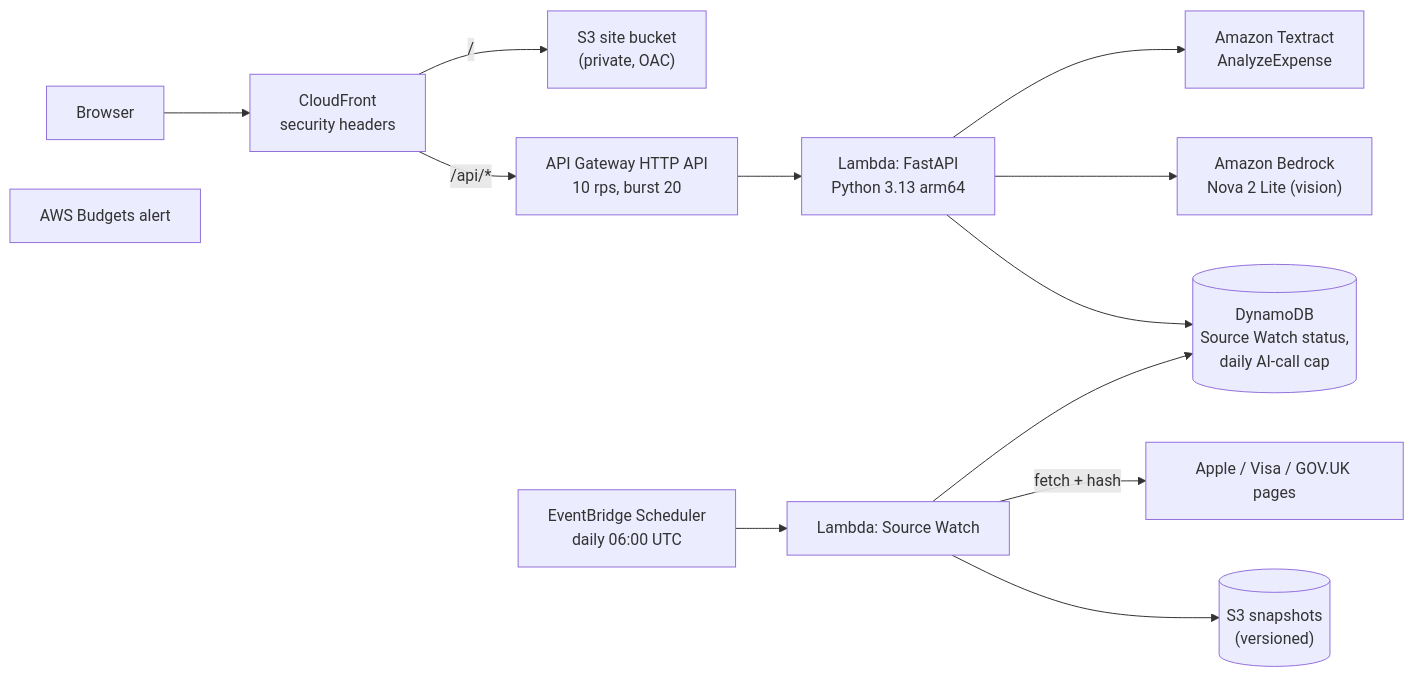
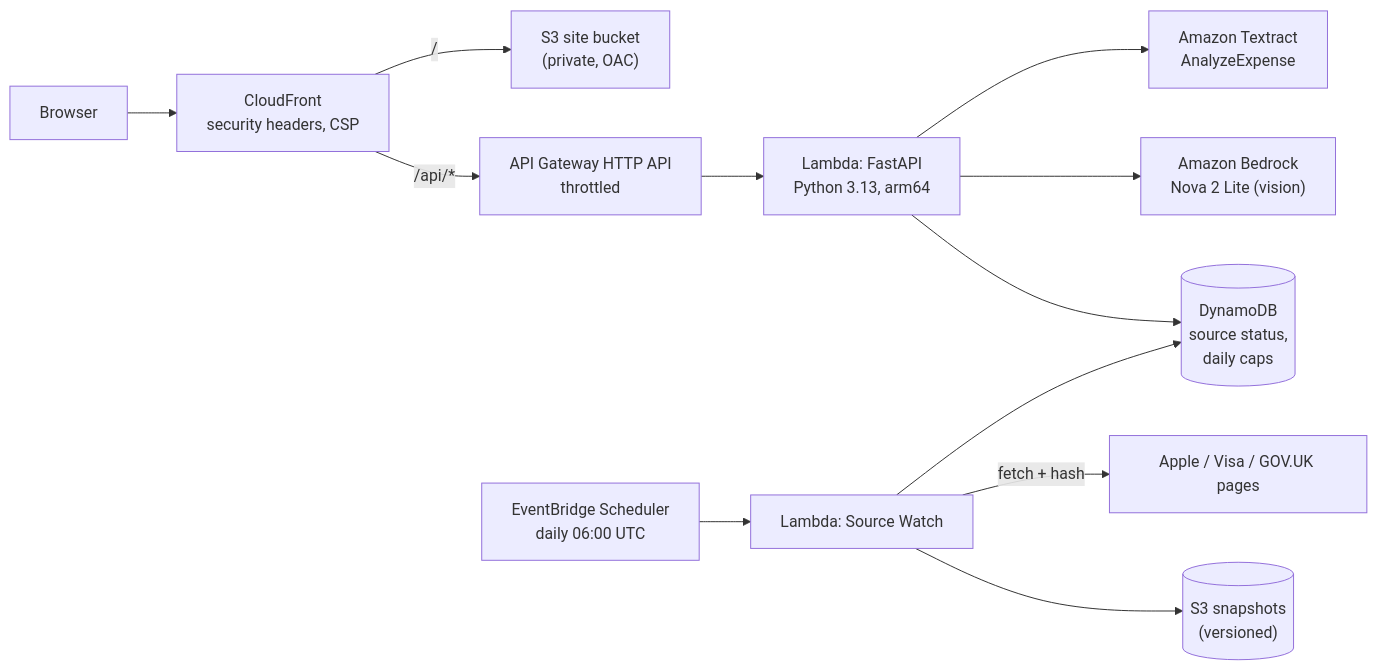
Before and after one commit to Extraordinarytechy/remedy-ai: the diagram in README.md, drawn with Mermaid. The commit also changed other lines of this file and 4 other files, not shown here.

````diff
--- a/README.md
+++ b/README.md
@@ -41,15 +56,14 @@
 ```mermaid
 flowchart LR
-    U["Browser"] --> CF["CloudFront<br/>security headers"]
+    U["Browser"] --> CF["CloudFront<br/>security headers, CSP"]
     CF -->|"/"| S3["S3 site bucket<br/>(private, OAC)"]
-    CF -->|"/api/*"| API["API Gateway HTTP API<br/>10 rps, burst 20"]
-    API --> L["Lambda: FastAPI<br/>Python 3.13 arm64"]
+    CF -->|"/api/*"| API["API Gateway HTTP API<br/>throttled"]
+    API --> L["Lambda: FastAPI<br/>Python 3.13, arm64"]
     L --> TX["Amazon Textract<br/>AnalyzeExpense"]
     L --> BR["Amazon Bedrock<br/>Nova 2 Lite (vision)"]
-    L --> DDB[("DynamoDB<br/>Source Watch status,<br/>daily AI-call cap")]
+    L --> DDB[("DynamoDB<br/>source status,<br/>daily caps")]
     SCH["EventBridge Scheduler<br/>daily 06:00 UTC"] --> SW["Lambda: Source Watch"]
     SW -->|"fetch + hash"| SRC["Apple / Visa / GOV.UK pages"]
     SW --> DDB
     SW --> SNAP[("S3 snapshots<br/>(versioned)")]
-    BUD["AWS Budgets alert"]
 ```
````
